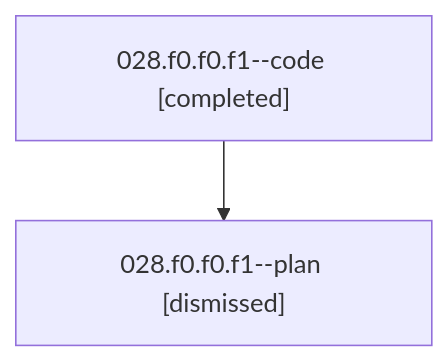
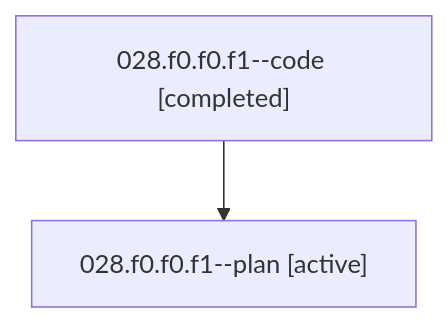
The diagram in families/bbugyi200.athena.028.f0.f0.f1.md (bobs-org/bob-cli--agents), drawn with Mermaid before and after one commit. The commit also changed other lines of this file and 1279 other files, not shown here.

````diff
--- a/families/bbugyi200.athena.028.f0.f0.f1.md
+++ b/families/bbugyi200.athena.028.f0.f0.f1.md
@@ -9,6 +9,6 @@
 ```mermaid
 flowchart TD
   n0["028.f0.f0.f1--code [completed]"]
-  n1["028.f0.f0.f1--plan [dismissed]"]
+  n1["028.f0.f0.f1--plan [active]"]
   n0 --> n1
 ```
````
